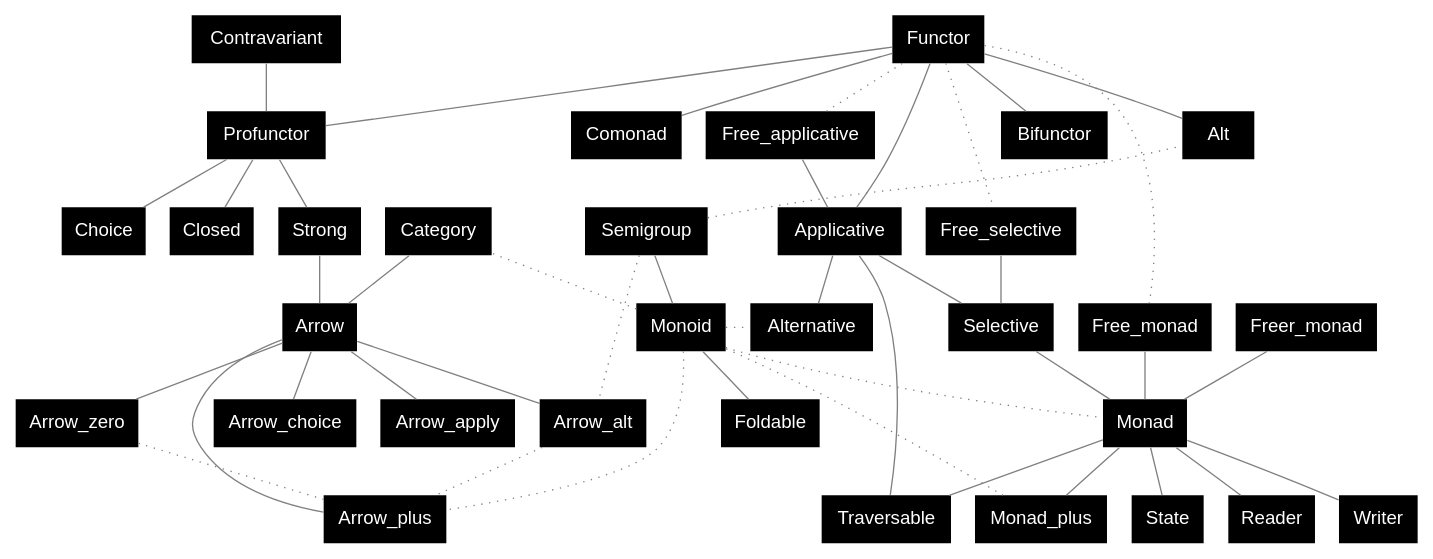
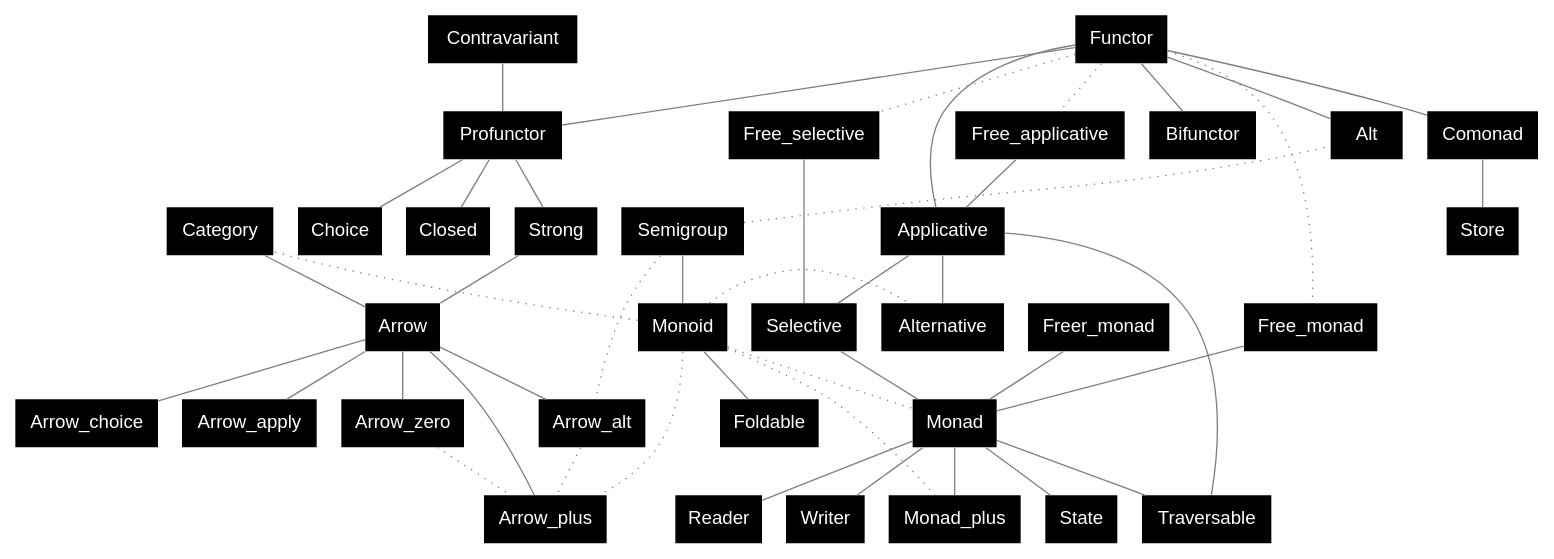
One commit to xvw/preface changed the diagram in .github/dot/specs.dot. Above: the diagram before and after it, drawn with Graphviz. The commit also changed 12 other files, not shown here.

```diff
--- a/.github/dot/specs.dot
+++ b/.github/dot/specs.dot
@@ -1,57 +1,59 @@
 graph {
         node [shape=plaintext; fontname = "Helvetica"; style=filled; fillcolor=black; fontcolor=white];
         edge [color = gray];
         
         Contravariant;      
         Functor -- Applicative -- Selective --  Monad;
         Applicative -- Alternative;
         Monad -- Monad_plus;
         Functor -- Alt;
         Functor -- Comonad;
         
         Semigroup -- Monoid;
         Monoid -- Alternative [style=dotted; arrowhead=none; constraint=false];
         Monoid -- Monad_plus [style=dotted; arrowhead=none; constraint=false];
         Semigroup -- Alt [style=dotted; arrowhead=none; constraint=false];
         Monoid -- Monad [style=dotted; arrowhead=none];
         Monoid -- Foldable;
 
         Functor -- Free_selective [style=dotted; arrowhead=none];
         Functor -- Free_applicative [style=dotted; arrowhead=none];
         Functor -- Free_monad [style=dotted; arrowhead=none];
         
         Free_selective -- Selective;
         Free_applicative -- Applicative;
         Free_monad -- Monad;
         Freer_monad -- Monad;
 
         Profunctor;
         Bifunctor;
 
         Contravariant -- Profunctor;
         Functor -- Profunctor;
         Functor -- Bifunctor;
 
         Monad --State;
         Monad -- Reader;
         Monad -- Writer;
 
+        Comonad -- Store;
+
         Applicative -- Traversable;
         Monad -- Traversable;
 
         Monoid -- Category [style=dotted; arrowhead=none; constraint=false];
         Category -- Arrow;
         Profunctor -- Strong;
         Profunctor -- Choice;
         Profunctor -- Closed;
         Strong -- Arrow;
         Arrow -- Arrow_zero;
         Arrow -- Arrow_alt;
         Arrow -- Arrow_plus;
         Arrow -- Arrow_choice;
         Arrow -- Arrow_apply;
         Arrow_zero -- Arrow_plus [style=dotted; arrowhead=none];
         Arrow_alt -- Arrow_plus [style=dotted; arrowhead=none];
         Monoid -- Arrow_plus [style=dotted; arrowhead=none];
         Semigroup -- Arrow_alt [style=dotted; arrowhead=none];
 }
```
